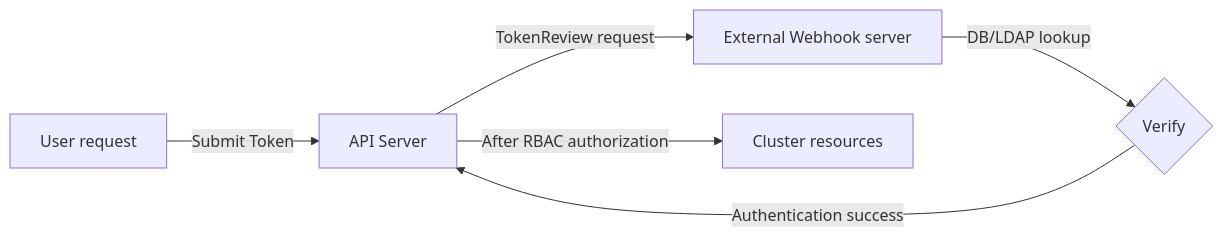
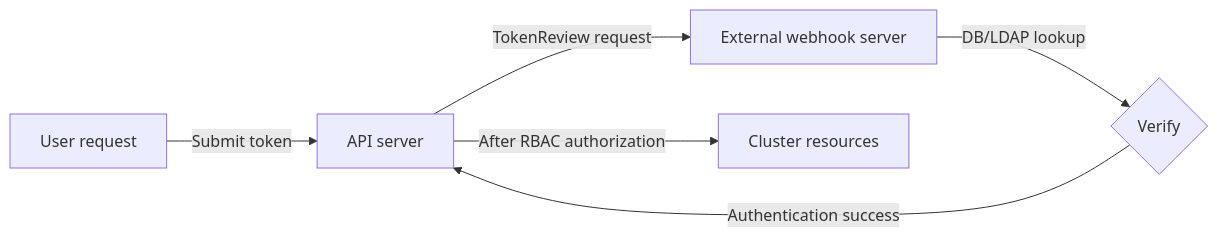
The diagram in content/security/04-implementation/34-lab-webhook-auth-setup.md (jeonck/k8s-adv), drawn with Mermaid before and after one commit. The commit also changed other lines of this file and 2 other files, not shown here.

````diff
--- a/content/security/04-implementation/34-lab-webhook-auth-setup.md
+++ b/content/security/04-implementation/34-lab-webhook-auth-setup.md
@@ -26,8 +26,8 @@
 ```mermaid
 graph LR
-    User[User request] -- "Submit Token" --> API[API Server]
-    API -- "TokenReview request" --> Webhook[External Webhook server]
+    User[User request] -- "Submit token" --> API[API server]
+    API -- "TokenReview request" --> Webhook[External webhook server]
     Webhook -- "DB/LDAP lookup" --> Verify{Verify}
     Verify -- "Authentication success" --> API
     API -- "After RBAC authorization" --> Resource[Cluster resources]
 ```
````
